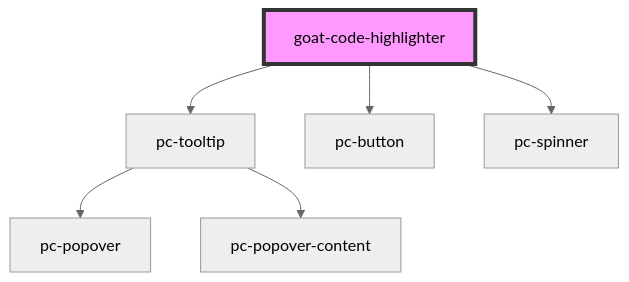
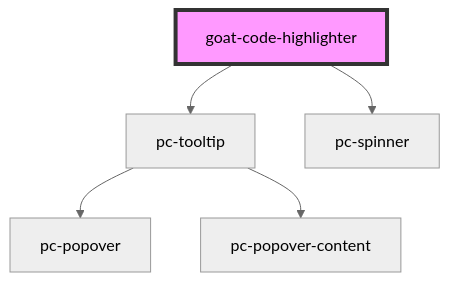
The diagram in src/components/application/code-highlighter/readme.md (redvars/peacock), drawn with Mermaid (neutral theme) before and after one commit. The commit also changed other lines of this file and 53 other files, not shown here.

````diff
--- a/src/components/application/code-highlighter/readme.md
+++ b/src/components/application/code-highlighter/readme.md
@@ -29,9 +35,8 @@
 ```mermaid
 graph TD;
   goat-code-highlighter --> pc-tooltip
-  goat-code-highlighter --> pc-button
   goat-code-highlighter --> pc-spinner
   pc-tooltip --> pc-popover
   pc-tooltip --> pc-popover-content
   style goat-code-highlighter fill:#f9f,stroke:#333,stroke-width:4px
 ```
````
